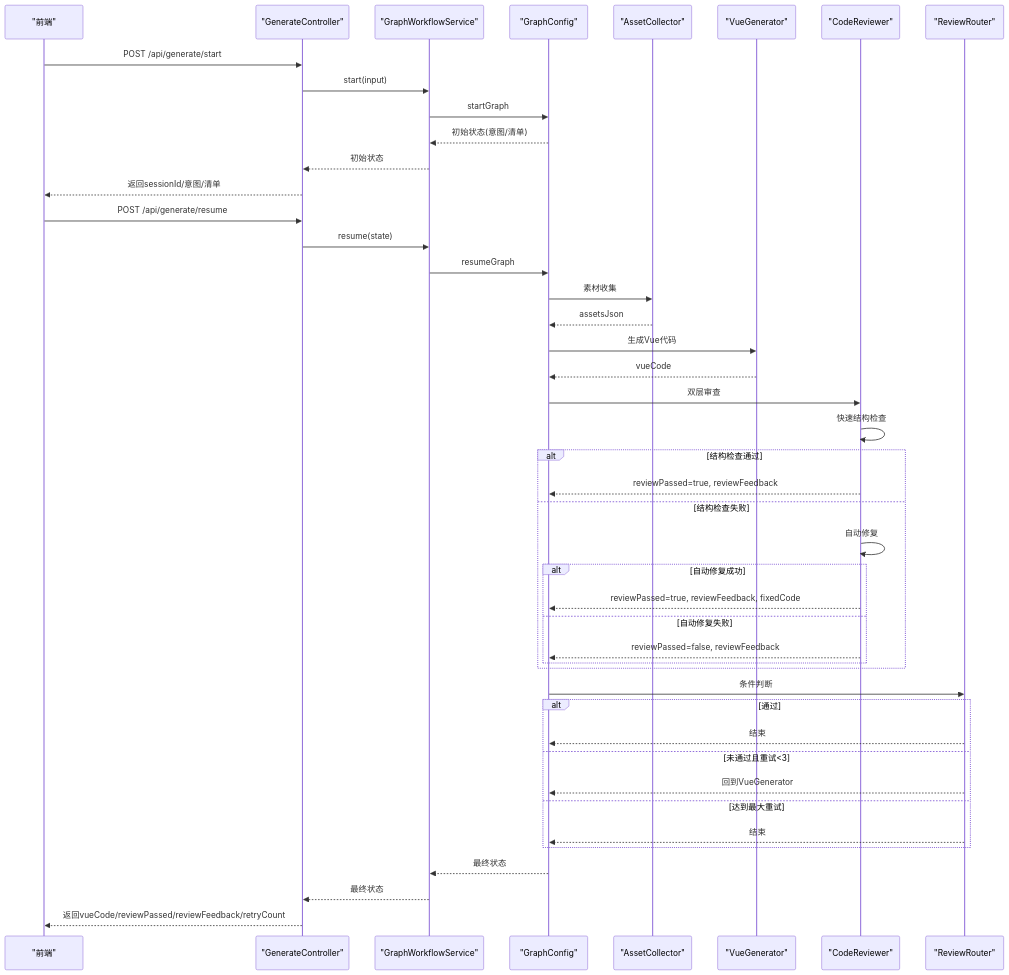
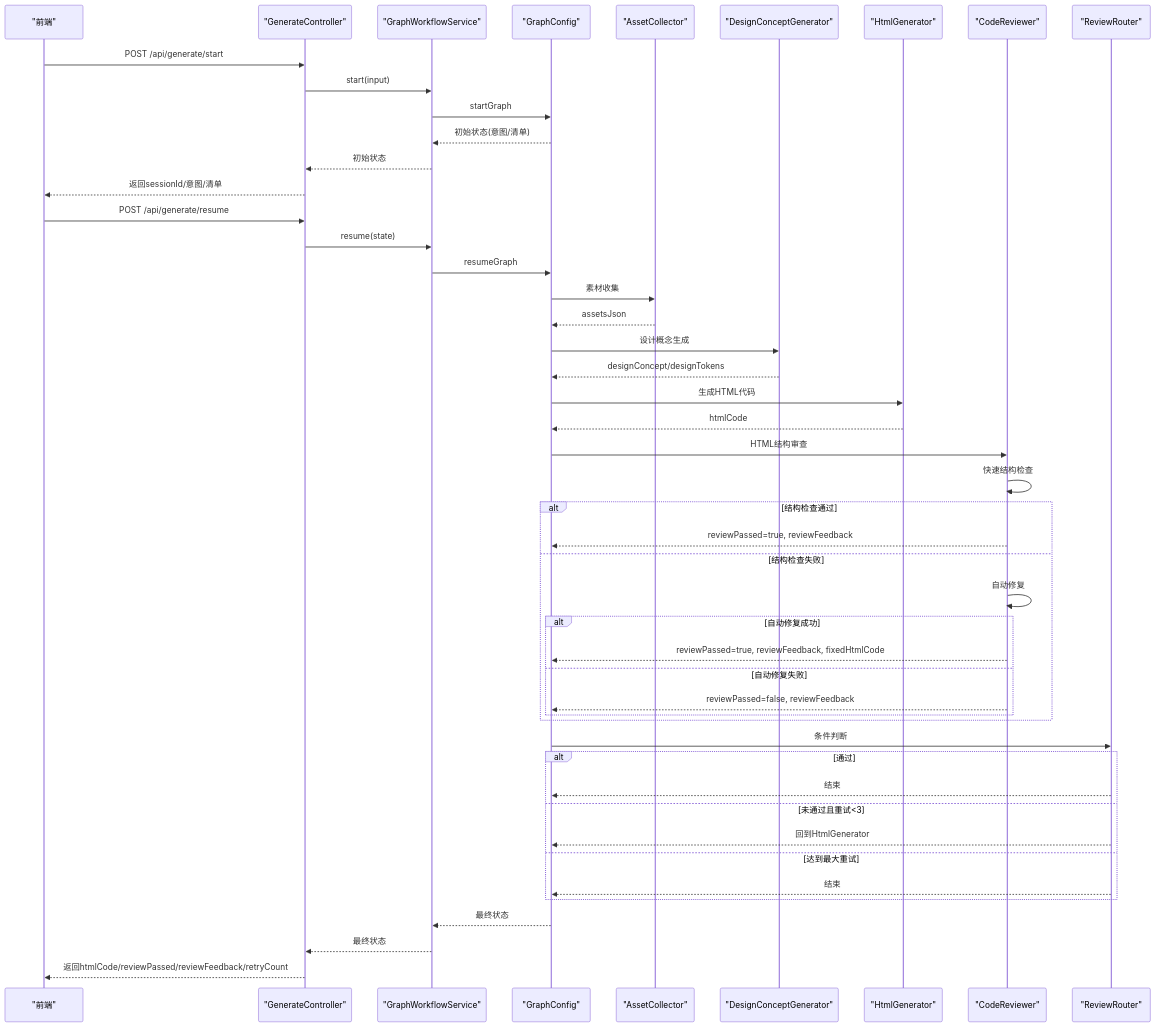
The second of 7 diagrams in .qoder/repowiki/zh/content/AI工作流系统/AI节点分析/代码审查节点.md (CyanYuKi/WebSiteFrontendCodeMother), drawn with Mermaid before and after one commit. The commit also changed other lines of this file and 12 other files, not shown here.

````diff
--- a/.qoder/repowiki/zh/content/AI工作流系统/AI节点分析/代码审查节点.md
+++ b/.qoder/repowiki/zh/content/AI工作流系统/AI节点分析/代码审查节点.md
@@ -101,47 +103,50 @@
 ```mermaid
 sequenceDiagram
 participant FE as "前端"
 participant API as "GenerateController"
 participant GW as "GraphWorkflowService"
 participant CFG as "GraphConfig"
 participant AC as "AssetCollector"
-participant VG as "VueGenerator"
+participant DCG as "DesignConceptGenerator"
+participant HG as "HtmlGenerator"
 participant CR as "CodeReviewer"
 participant RR as "ReviewRouter"
 FE->>API : POST /api/generate/start
 API->>GW : start(input)
 GW->>CFG : startGraph
 CFG-->>GW : 初始状态(意图/清单)
 GW-->>API : 初始状态
 API-->>FE : 返回sessionId/意图/清单
 FE->>API : POST /api/generate/resume
 API->>GW : resume(state)
 GW->>CFG : resumeGraph
 CFG->>AC : 素材收集
 AC-->>CFG : assetsJson
-CFG->>VG : 生成Vue代码
-VG-->>CFG : vueCode
-CFG->>CR : 双层审查
+CFG->>DCG : 设计概念生成
+DCG-->>CFG : designConcept/designTokens
+CFG->>HG : 生成HTML代码
+HG-->>CFG : htmlCode
+CFG->>CR : HTML结构审查
 CR->>CR : 快速结构检查
 alt 结构检查通过
 CR-->>CFG : reviewPassed=true, reviewFeedback
 else 结构检查失败
 CR->>CR : 自动修复
 alt 自动修复成功
-CR-->>CFG : reviewPassed=true, reviewFeedback, fixedCode
+CR-->>CFG : reviewPassed=true, reviewFeedback, fixedHtmlCode
 else 自动修复失败
 CR-->>CFG : reviewPassed=false, reviewFeedback
 end
 end
 CFG->>RR : 条件判断
 alt 通过
 RR-->>CFG : 结束
 else 未通过且重试<3
-RR-->>CFG : 回到VueGenerator
+RR-->>CFG : 回到HtmlGenerator
 else 达到最大重试
 RR-->>CFG : 结束
 end
 CFG-->>GW : 最终状态
 GW-->>API : 最终状态
-API-->>FE : 返回vueCode/reviewPassed/reviewFeedback/retryCount
+API-->>FE : 返回htmlCode/reviewPassed/reviewFeedback/retryCount
 ```
````
